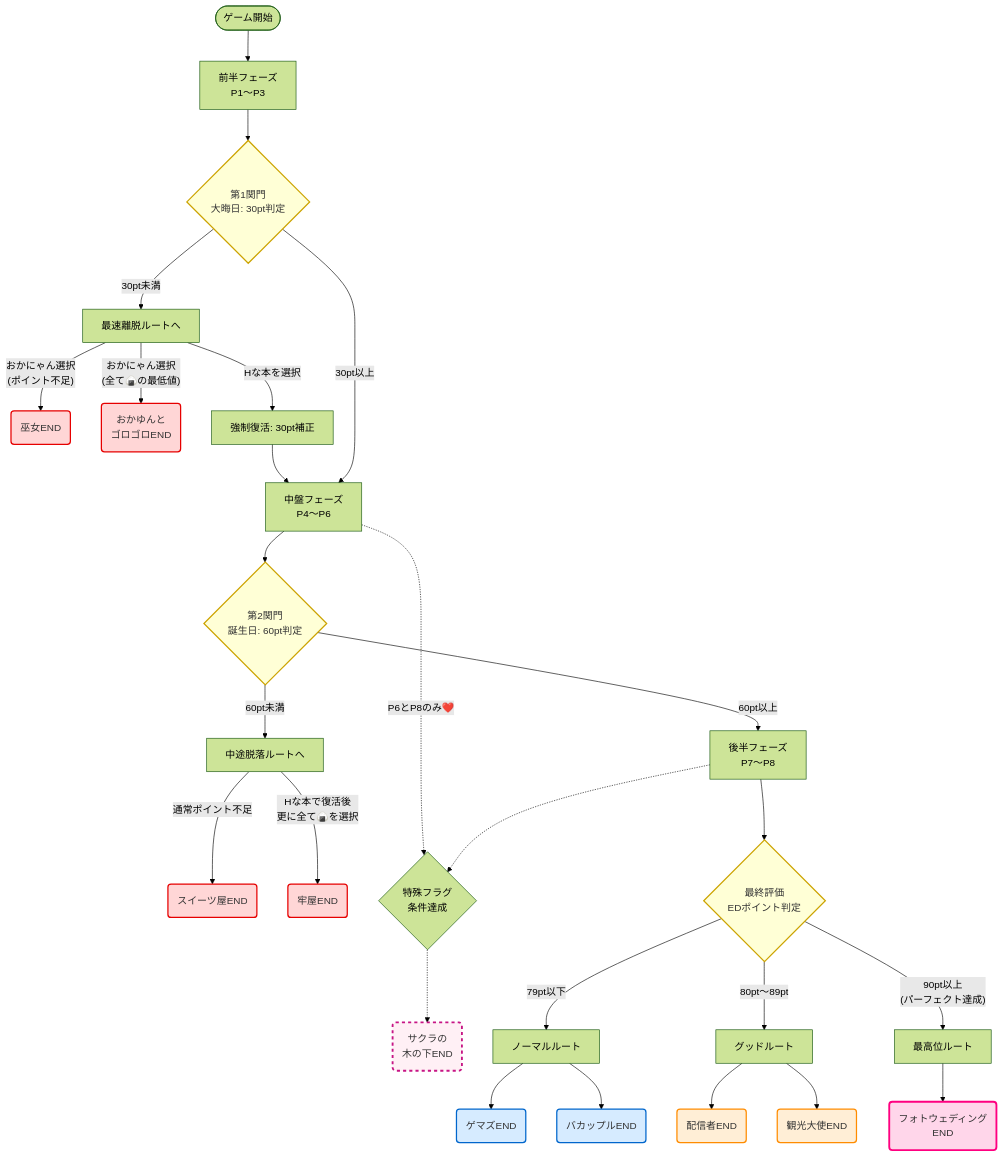
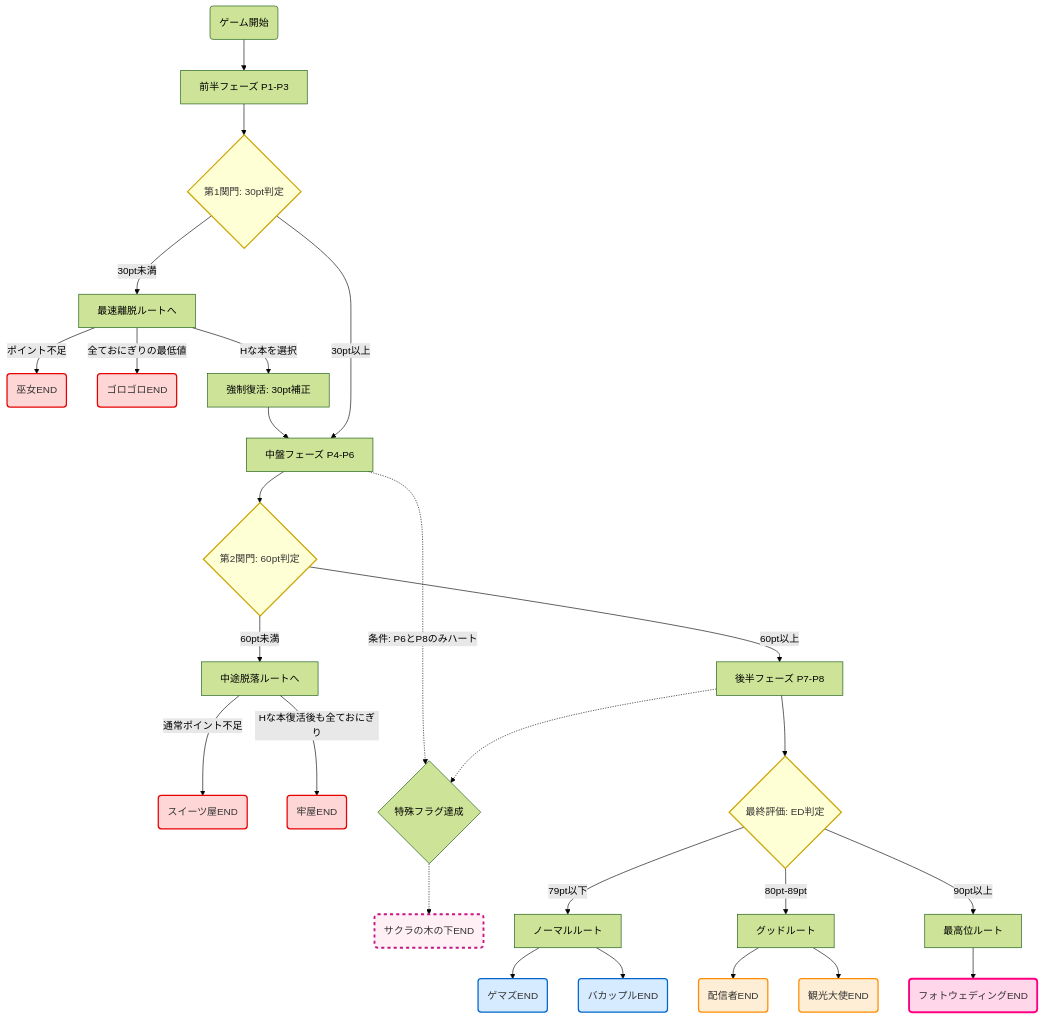
The diagram in マインドマップ/おかゆにゅ～～む_ポイント足切りルート表.md (AutoRecord/Claude-Code-Genereter), drawn with Mermaid (forest theme) before and after one commit.

Commit message:
Please provide the code changes or the diff you would like me to summarize.

````diff
--- a/マインドマップ/おかゆにゅ～～む_ポイント足切りルート表.md
+++ b/マインドマップ/おかゆにゅ～～む_ポイント足切りルート表.md
@@ -11,52 +11,52 @@
 ```mermaid
 flowchart TD
-    Start(["ゲーム開始"]) --> P13["前半フェーズ<br>P1～P3"]
-    P13 --> Calc1{"第1関門<br>大晦日: 30pt判定"}
+    Start(ゲーム開始) --> P13[前半フェーズ P1-P3]
+    P13 --> Calc1{第1関門: 30pt判定}
     
-    Calc1 -- "30pt未満" --> Cut1["最速離脱ルートへ"]
-    Cut1 -- "おかにゃん選択<br>(ポイント不足)" --> EndMiko("巫女END")
-    Cut1 -- "おかにゃん選択<br>(全て🍙の最低値)" --> EndGoro("おかゆんと<br>ゴロゴロEND")
+    Calc1 -->|30pt未満| Cut1[最速離脱ルートへ]
+    Cut1 -->|ポイント不足| EndMiko(巫女END)
+    Cut1 -->|全ておにぎりの最低値| EndGoro(ゴロゴロEND)
     
-    Cut1 -- "Hな本を選択" --> HBook["強制復活: 30pt補正"]
-    HBook --> P46["中盤フェーズ<br>P4～P6"]
-    Calc1 -- "30pt以上" --> P46
+    Cut1 -->|Hな本を選択| HBook[強制復活: 30pt補正]
+    HBook --> P46[中盤フェーズ P4-P6]
+    Calc1 -->|30pt以上| P46
     
-    P46 --> Calc2{"第2関門<br>誕生日: 60pt判定"}
+    P46 --> Calc2{第2関門: 60pt判定}
     
-    Calc2 -- "60pt未満" --> Cut2["中途脱落ルートへ"]
-    Cut2 -- "通常ポイント不足" --> EndSweets("スイーツ屋END")
-    Cut2 -- "Hな本で復活後<br>更に全て🍙を選択" --> EndPrison("牢屋END")
+    Calc2 -->|60pt未満| Cut2[中途脱落ルートへ]
+    Cut2 -->|通常ポイント不足| EndSweets(スイーツ屋END)
+    Cut2 -->|Hな本復活後も全ておにぎり| EndPrison(牢屋END)
     
-    Calc2 -- "60pt以上" --> P78["後半フェーズ<br>P7～P8"]
+    Calc2 -->|60pt以上| P78[後半フェーズ P7-P8]
     
-    P46 -.->|"P6とP8のみ❤️"| SpecialFlag{"特殊フラグ<br>条件達成"}
+    P46 -.->|条件: P6とP8のみハート| SpecialFlag{特殊フラグ達成}
     P78 -.-> SpecialFlag
-    SpecialFlag -.-> EndSakura("サクラの<br>木の下END")
+    SpecialFlag -.-> EndSakura(サクラの木の下END)
     
-    P78 --> Calc3{"最終評価<br>EDポイント判定"}
+    P78 --> Calc3{最終評価: ED判定}
     
-    Calc3 -- "79pt以下" --> RankC["ノーマルルート"]
-    RankC --> EndGemaz("ゲマズEND")
-    RankC --> EndBaka("バカップルEND")
+    Calc3 -->|79pt以下| RankC[ノーマルルート]
+    RankC --> EndGemaz(ゲマズEND)
+    RankC --> EndBaka(バカップルEND)
     
-    Calc3 -- "80pt〜89pt" --> RankB["グッドルート"]
-    RankB --> EndStreamer("配信者END")
-    RankB --> EndTaishi("観光大使END")
+    Calc3 -->|80pt-89pt| RankB[グッドルート]
+    RankB --> EndStreamer(配信者END)
+    RankB --> EndTaishi(観光大使END)
     
-    Calc3 -- "90pt以上<br>(パーフェクト達成)" --> RankS["最高位ルート"]
-    RankS --> EndPhoto("フォトウェディング<br>END")
+    Calc3 -->|90pt以上| RankS[最高位ルート]
+    RankS --> EndPhoto(フォトウェディングEND)
     
     classDef endBad fill:#ffd6d6,stroke:#e60000,stroke-width:2px,color:#333;
     classDef endNormal fill:#d6ebff,stroke:#0066cc,stroke-width:2px,color:#333;
     classDef endGood fill:#ffeed6,stroke:#ff8c00,stroke-width:2px,color:#333;
     classDef endBest fill:#ffd6ea,stroke:#ff0080,stroke-width:3px,color:#333;
     classDef endSpecial fill:#fff0f5,stroke:#c71585,stroke-width:3px,color:#333,stroke-dasharray: 5 5;
     classDef calcNode fill:#ffffd6,stroke:#cca300,stroke-width:2px,color:#333;
     
     class EndMiko,EndGoro,EndSweets,EndPrison endBad;
     class EndGemaz,EndBaka endNormal;
     class EndStreamer,EndTaishi endGood;
     class EndPhoto endBest;
     class EndSakura endSpecial;
     class Calc1,Calc2,Calc3 calcNode;
 ```
````
